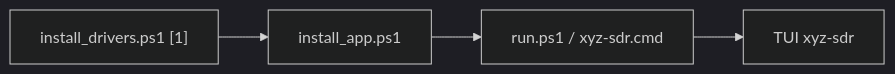
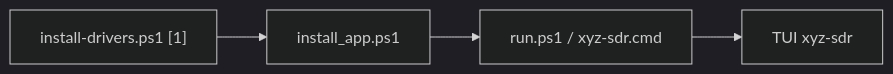
The diagram in docs/dx-packaging.md (xyz-rainbow/xyz-sdr), drawn with Mermaid (dark theme) before and after one commit. The commit also changed other lines of this file and 1 other file, not shown here.

````diff
--- a/docs/dx-packaging.md
+++ b/docs/dx-packaging.md
@@ -11,8 +11,8 @@
 ```mermaid
 flowchart LR
-  A["install_drivers.ps1 [1]"]
+  A["install-drivers.ps1 [1]"]
   B["install_app.ps1"]
   C["run.ps1 / xyz-sdr.cmd"]
   D["TUI xyz-sdr"]
   A --> B --> C --> D
 ```
````
